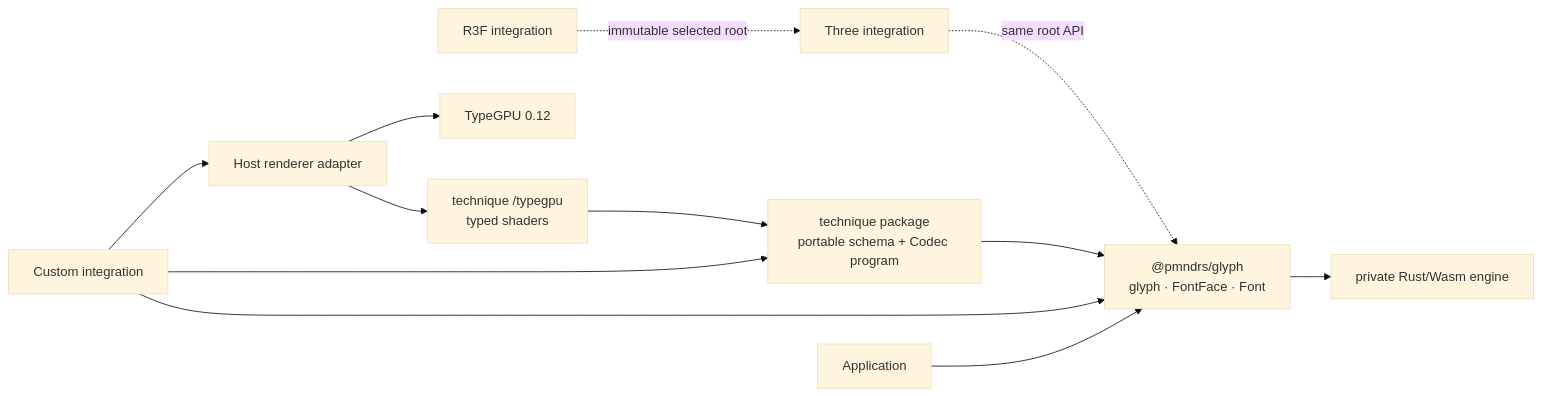
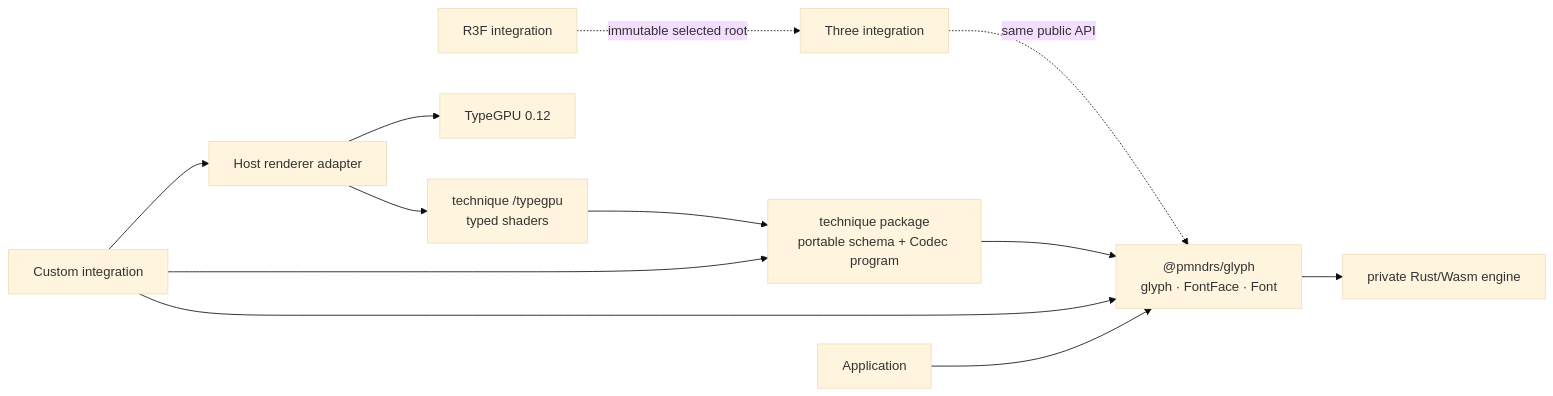
The first of 4 diagrams in docs/guides/renderer-integration.md (pmndrs/glyph), drawn with Mermaid (base theme) before and after one commit. The commit also changed other lines of this file and 99 other files, not shown here.

Commit message:
refactor(glyph): move integration helpers to config leaves

````diff
--- a/docs/guides/renderer-integration.md
+++ b/docs/guides/renderer-integration.md
@@ -58,14 +59,14 @@
 ```mermaid
 flowchart LR
   App[Application] --> Glyph["@pmndrs/glyph<br/>glyph · FontFace · Font"]
   Adapter[Custom integration] --> Glyph
   Adapter --> Portable["technique package<br/>portable schema + Codec program"]
   Device[Host renderer adapter] --> Shader["technique /typegpu<br/>typed shaders"]
   Device --> TypeGPU[TypeGPU 0.12]
   Glyph --> Rust[private Rust/Wasm engine]
   Portable --> Glyph
   Shader --> Portable
   Adapter --> Device
-  Three[Three integration] -. same root API .-> Glyph
+  Three[Three integration] -. same public API .-> Glyph
   R3F[R3F integration] -. immutable selected root .-> Three
 ```
````
